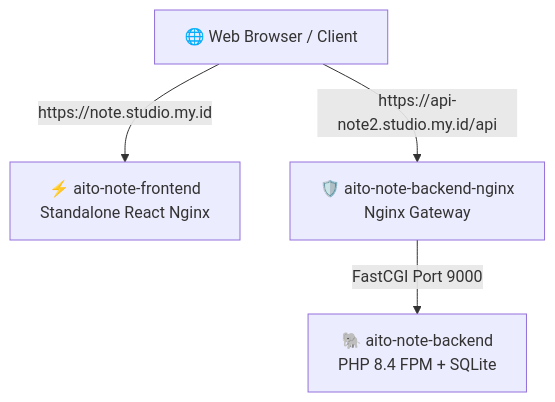
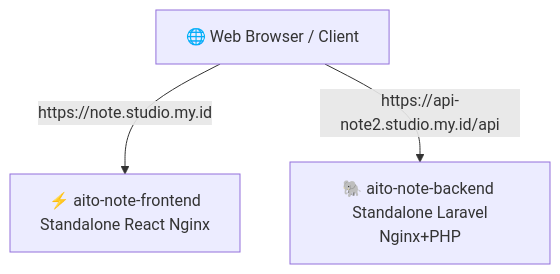
Before and after one commit to nrahmatk/aito-note: the diagram in DOCKER.md, drawn with Mermaid. The commit also changed other lines of this file and 4 other files, not shown here.

Commit message:
chore: remove docker-compose and migrate backend to a standalone unified container setup

````diff
--- a/DOCKER.md
+++ b/DOCKER.md
@@ -11,6 +13,5 @@
 ```mermaid
 graph TD
     Browser[🌐 Web Browser / Client] -->|https://note.studio.my.id| FE[⚡ aito-note-frontend <br/> Standalone React Nginx]
-    Browser -->|https://api-note2.studio.my.id/api| BE_Nginx[🛡️ aito-note-backend-nginx <br/> Nginx Gateway]
-    BE_Nginx -->|FastCGI Port 9000| BE[🐘 aito-note-backend <br/> PHP 8.4 FPM + SQLite]
+    Browser -->|https://api-note2.studio.my.id/api| BE[🐘 aito-note-backend <br/> Standalone Laravel Nginx+PHP]
 ```
````
